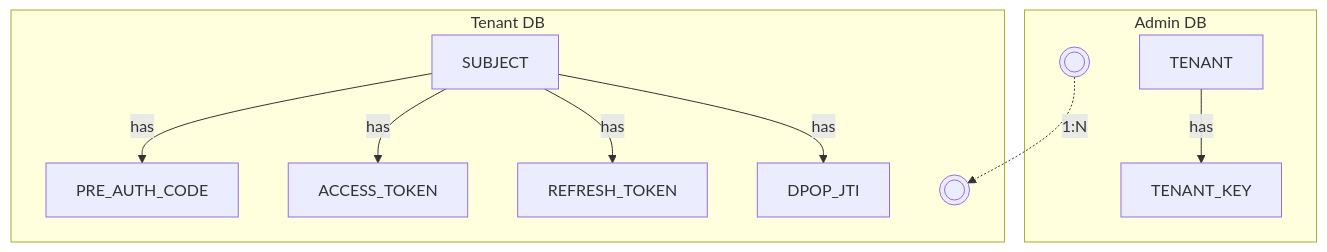
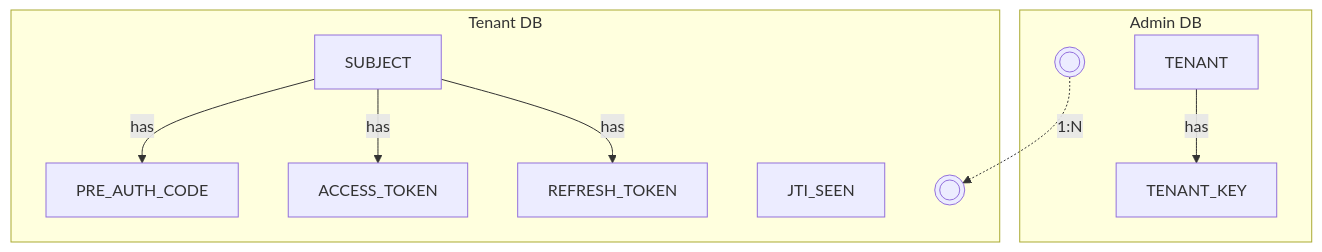
The second of 2 diagrams in oid4vc/auth_server/docs/tenant-admin.md (openwallet-foundation/acapy-plugins), drawn with Mermaid before and after one commit. The commit also changed other lines of this file and 78 other files, not shown here.

````diff
--- a/oid4vc/auth_server/docs/tenant-admin.md
+++ b/oid4vc/auth_server/docs/tenant-admin.md
@@ -96,25 +98,24 @@
 ```mermaid
 graph
   subgraph "Admin DB"
     TENANT[TENANT]
     TENANT_KEY[TENANT_KEY]
     TENANT -->|has| TENANT_KEY
     ADMIN_ANCHOR((( )))
   end
 
   subgraph "Tenant DB"
     SUBJECT[SUBJECT]
     PRE_AUTH_CODE[PRE_AUTH_CODE]
     ACCESS_TOKEN[ACCESS_TOKEN]
     REFRESH_TOKEN[REFRESH_TOKEN]
-    DPOP_JTI[DPOP_JTI]
+    JTI_SEEN[JTI_SEEN]
     SUBJECT -->|has| PRE_AUTH_CODE
     SUBJECT -->|has| ACCESS_TOKEN
     SUBJECT -->|has| REFRESH_TOKEN
-    SUBJECT -->|has| DPOP_JTI
     TENANT_ANCHOR((( )))
   end
 
   %% layout hint
   ADMIN_ANCHOR -.->|1:N| TENANT_ANCHOR
 ```
````
